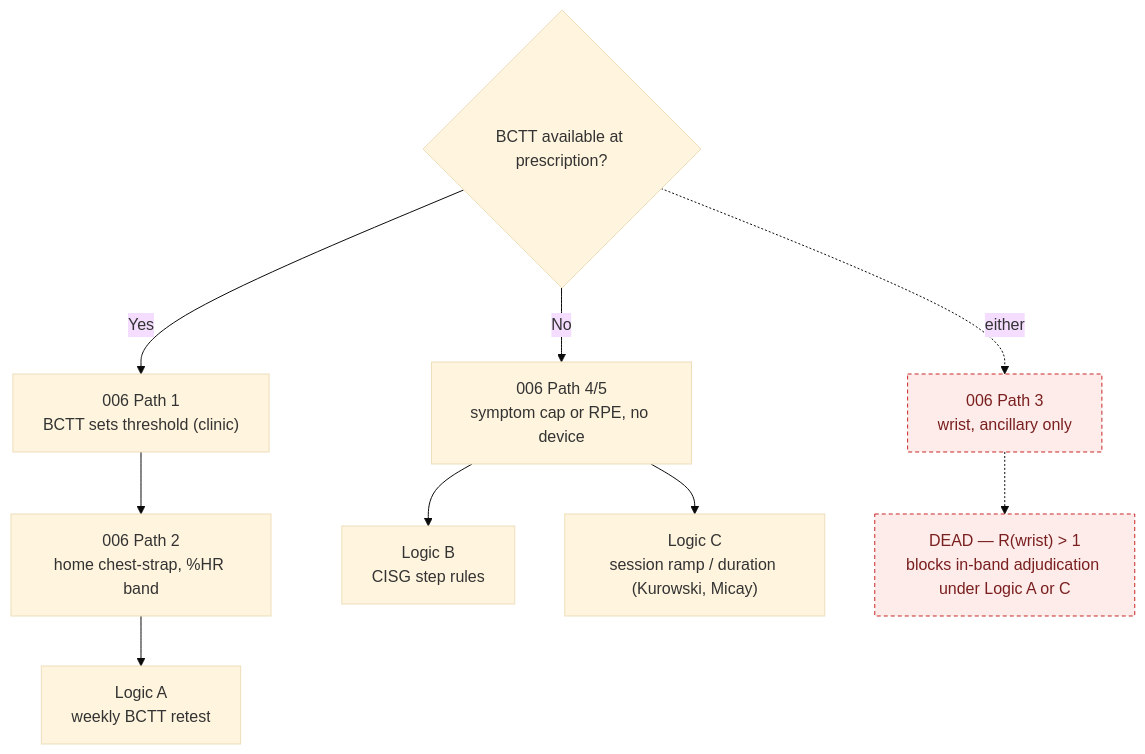
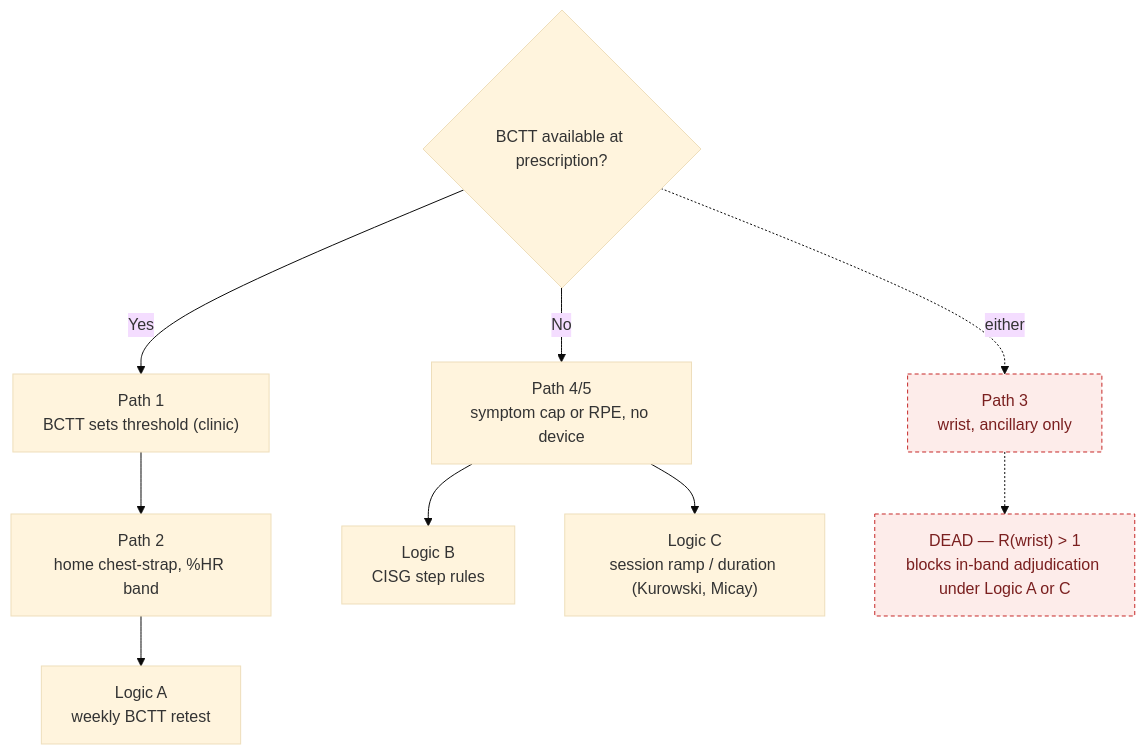
The diagram in posts/pillar2-007-prescription-path-topology/index.qmd (guangl10/guanglab-foundation-stack), drawn with Mermaid (base theme) before and after one commit. The commit also changed other lines of this file, not shown here.

First line of the commit message:
Make pillar2-007 self-contained: inline Path/Logic/RTL definitions.

````diff
--- a/posts/pillar2-007-prescription-path-topology/index.qmd
+++ b/posts/pillar2-007-prescription-path-topology/index.qmd
@@ -223,15 +232,15 @@
 ```{mermaid}
 flowchart TD
   A{BCTT available at prescription?}
-  A -->|Yes| P1["006 Path 1<br/>BCTT sets threshold (clinic)"]
-  P1 --> P2["006 Path 2<br/>home chest-strap, %HR band"]
+  A -->|Yes| P1["Path 1<br/>BCTT sets threshold (clinic)"]
+  P1 --> P2["Path 2<br/>home chest-strap, %HR band"]
   P2 --> LA["Logic A<br/>weekly BCTT retest"]
-  A -->|No| P45["006 Path 4/5<br/>symptom cap or RPE, no device"]
+  A -->|No| P45["Path 4/5<br/>symptom cap or RPE, no device"]
   P45 --> LB["Logic B<br/>CISG step rules"]
   P45 --> LC["Logic C<br/>session ramp / duration (Kurowski, Micay)"]
-  A -.->|either| P3["006 Path 3<br/>wrist, ancillary only"]
+  A -.->|either| P3["Path 3<br/>wrist, ancillary only"]
   P3 -.-> DEAD["DEAD — R(wrist) > 1<br/>blocks in-band adjudication under Logic A or C"]
 
   classDef dead fill:#fdecea,stroke:#c62828,stroke-dasharray: 4 3,color:#7a1f1f;
   class P3,DEAD dead;
 ```
````
